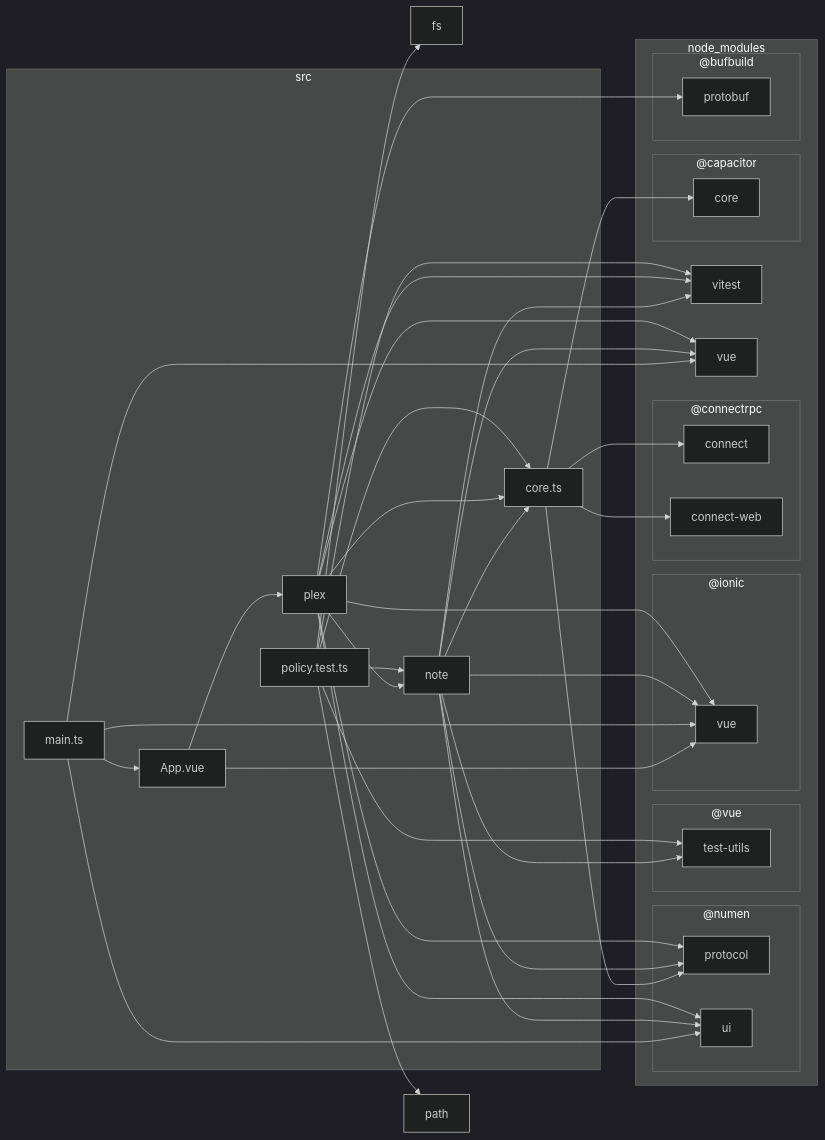
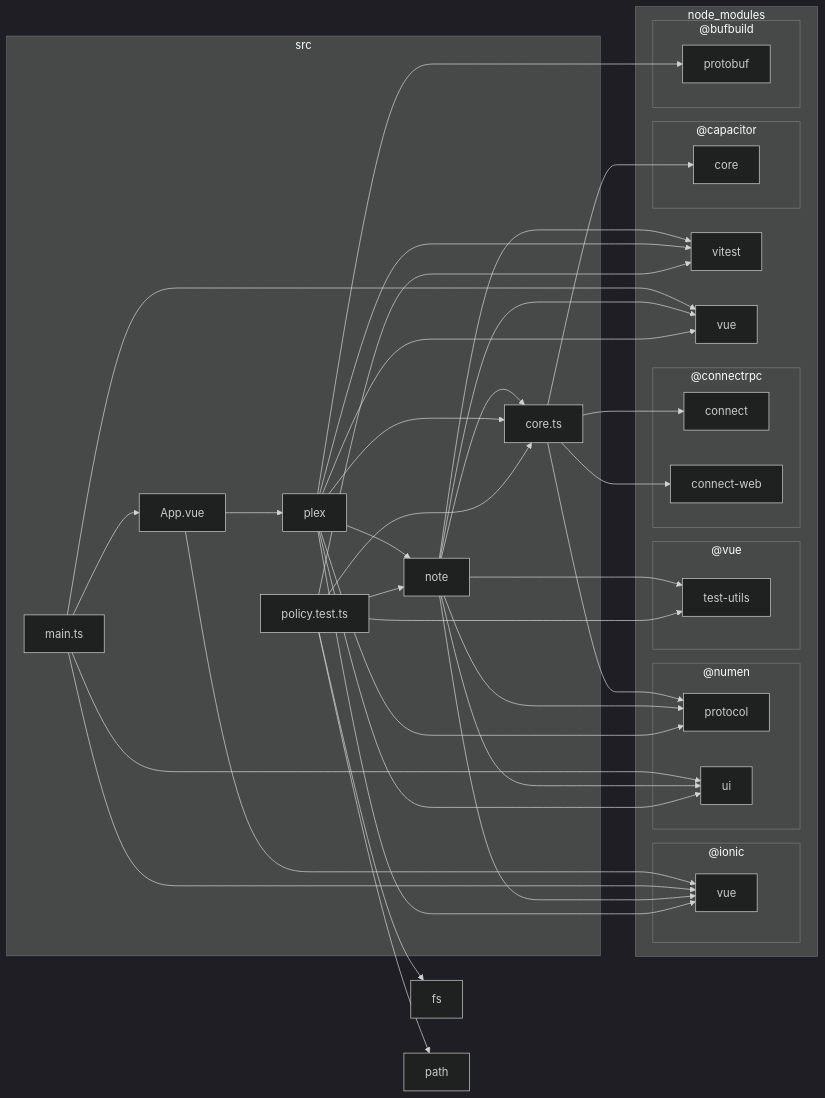
The fifth of 5 diagrams in docs/dependencies.md (jiva-studio/numen), drawn with Mermaid (dark theme) before and after one commit. The commit also changed other lines of this file and 14 other files, not shown here.

````diff
--- a/docs/dependencies.md
+++ b/docs/dependencies.md
@@ -918,69 +903,69 @@
 ```mermaid
 flowchart LR
 
-0["fs"]
-subgraph 1["node_modules"]
-subgraph 2["@bufbuild"]
-3["protobuf"]
+subgraph 2["node_modules"]
+subgraph 3["@bufbuild"]
+4["protobuf"]
 end
-subgraph 4["@capacitor"]
-5["core"]
+subgraph 5["@capacitor"]
+6["core"]
 end
-subgraph 6["@connectrpc"]
-7["connect"]
-8["connect-web"]
+subgraph 7["@connectrpc"]
+8["connect"]
+9["connect-web"]
 end
-subgraph 9["@ionic"]
-A["vue"]
+subgraph A["@ionic"]
+B["vue"]
 end
-subgraph B["@numen"]
-C["protocol"]
-D["ui"]
+subgraph C["@numen"]
+D["protocol"]
+E["ui"]
 end
-subgraph E["@vue"]
-F["test-utils"]
+subgraph F["@vue"]
+G["test-utils"]
 end
-G["vitest"]
-H["vue"]
+H["vitest"]
+I["vue"]
 end
-I["path"]
-subgraph J["src"]
-K["App.vue"]
-L["core.ts"]
-M["main.ts"]
-N["note"]
-O["plex"]
-P["policy.test.ts"]
+J["fs"]
+K["path"]
+subgraph L["src"]
+M["App.vue"]
+N["core.ts"]
+O["main.ts"]
+P["note"]
+Q["plex"]
+R["policy.test.ts"]
 end
-K-->A
-K-->O
-L-->5
-L-->7
-L-->8
-L-->C
-M-->A
-M-->D
-M-->H
-M-->K
-N-->A
-N-->C
+M-->B
+M-->Q
+N-->6
+N-->8
+N-->9
 N-->D
-N-->F
-N-->G
-N-->H
-N-->L
-O-->3
-O-->A
-O-->C
-O-->D
-O-->G
-O-->H
-O-->L
-O-->N
-P-->0
-P-->F
+O-->B
+O-->E
+O-->I
+O-->M
+P-->B
+P-->D
+P-->E
 P-->G
+P-->H
 P-->I
-P-->L
 P-->N
+Q-->4
+Q-->B
+Q-->D
+Q-->E
+Q-->H
+Q-->I
+Q-->N
+Q-->P
+R-->G
+R-->H
+R-->J
+R-->K
+R-->N
+R-->P
 ```
````
